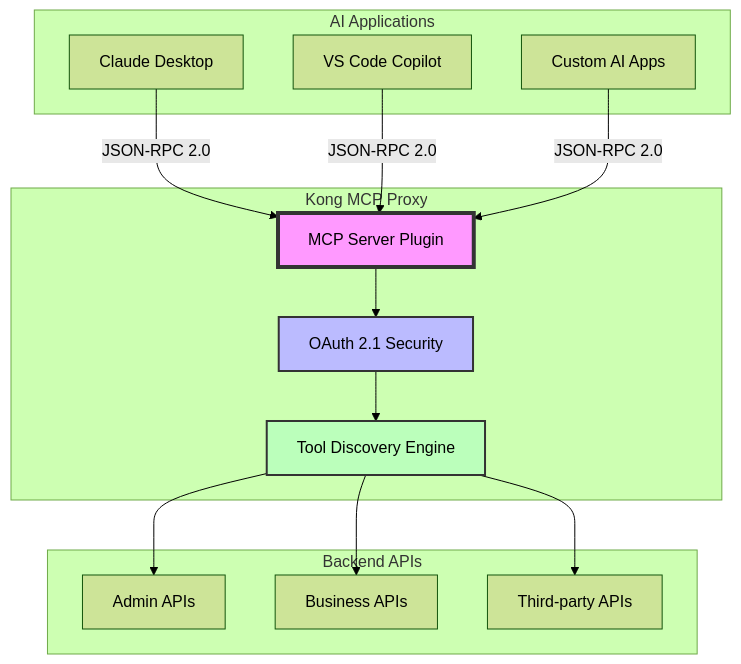
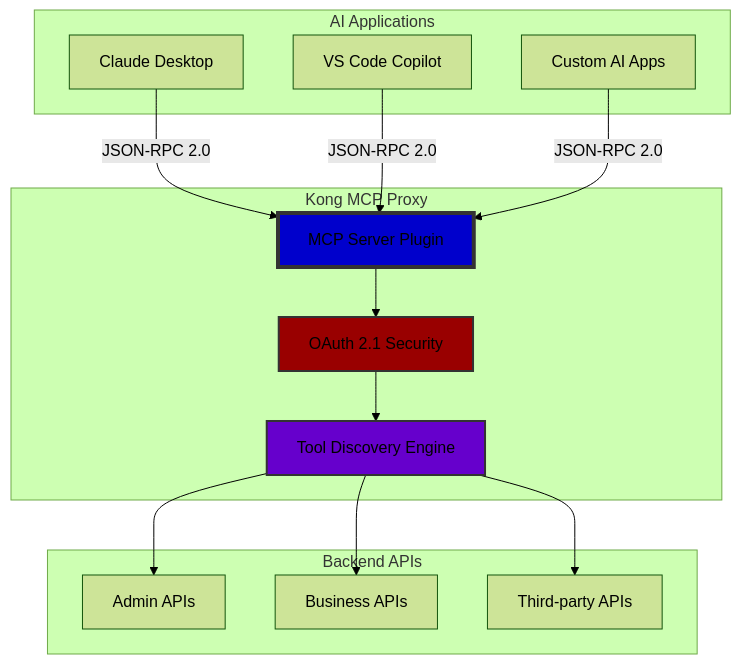
One commit to kaheidt/kong-mcp-proxy-hackathon changed the first of 4 diagrams in README.md. Above: the diagram before and after it, drawn with Mermaid (forest theme). The commit also changed other lines of this file, not shown here.

Commit message:
Update README.md
readable colors

````diff
--- a/README.md
+++ b/README.md
@@ -9,34 +9,34 @@
 ```mermaid
 graph TB
     subgraph "AI Applications"
         A[Claude Desktop]
         B[VS Code Copilot]
         C[Custom AI Apps]
     end
     
     subgraph "Kong MCP Proxy"
         D[MCP Server Plugin]
         E[OAuth 2.1 Security]
         F[Tool Discovery Engine]
     end
     
     subgraph "Backend APIs"
         G[Admin APIs]
         H[Business APIs]
         I[Third-party APIs]
     end
     
     A -->|JSON-RPC 2.0| D
     B -->|JSON-RPC 2.0| D
     C -->|JSON-RPC 2.0| D
     
     D --> E
     E --> F
     F --> G
     F --> H
     F --> I
     
-    style D fill:#f9f,stroke:#333,stroke-width:4px
-    style E fill:#bbf,stroke:#333,stroke-width:2px
-    style F fill:#bfb,stroke:#333,stroke-width:2px
+    style D fill:#0000CC,stroke:#333,stroke-width:4px
+    style E fill:#990000,stroke:#333,stroke-width:2px
+    style F fill:#6600CC,stroke:#333,stroke-width:2px
 ```
````
